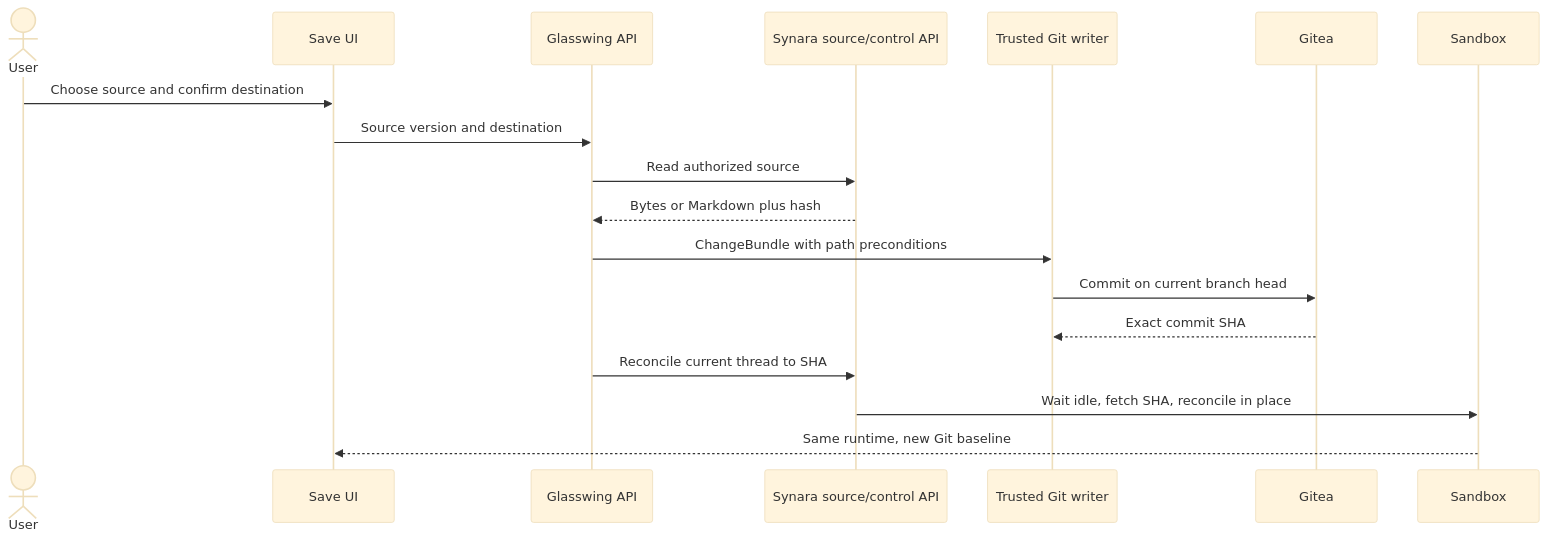
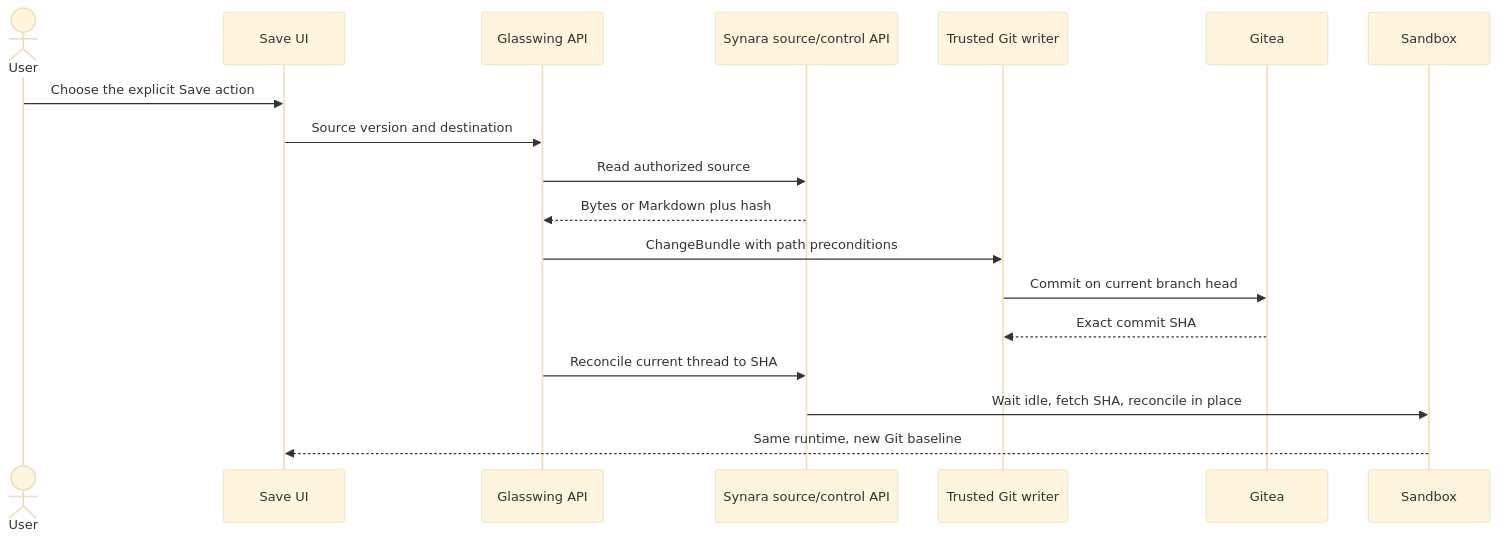
The third of 4 diagrams in docs/superpowers/specs/2026-08-30-glasswing-chat-context-persistence-design.md (adityachaudhry/synara), drawn with Mermaid (base theme) before and after one commit. The commit also changed other lines of this file and 12 other files, not shown here.

````diff
--- a/docs/superpowers/specs/2026-08-30-glasswing-chat-context-persistence-design.md
+++ b/docs/superpowers/specs/2026-08-30-glasswing-chat-context-persistence-design.md
@@ -72,20 +72,20 @@
 ```mermaid
 sequenceDiagram
     actor User
     participant UI as Save UI
     participant Glasswing as Glasswing API
     participant Synara as Synara source/control API
     participant Writer as Trusted Git writer
     participant Gitea
     participant Sandbox
-    User->>UI: Choose source and confirm destination
+    User->>UI: Choose the explicit Save action
     UI->>Glasswing: Source version and destination
     Glasswing->>Synara: Read authorized source
     Synara-->>Glasswing: Bytes or Markdown plus hash
     Glasswing->>Writer: ChangeBundle with path preconditions
     Writer->>Gitea: Commit on current branch head
     Gitea-->>Writer: Exact commit SHA
     Glasswing->>Synara: Reconcile current thread to SHA
     Synara->>Sandbox: Wait idle, fetch SHA, reconcile in place
     Sandbox-->>UI: Same runtime, new Git baseline
 ```
````
